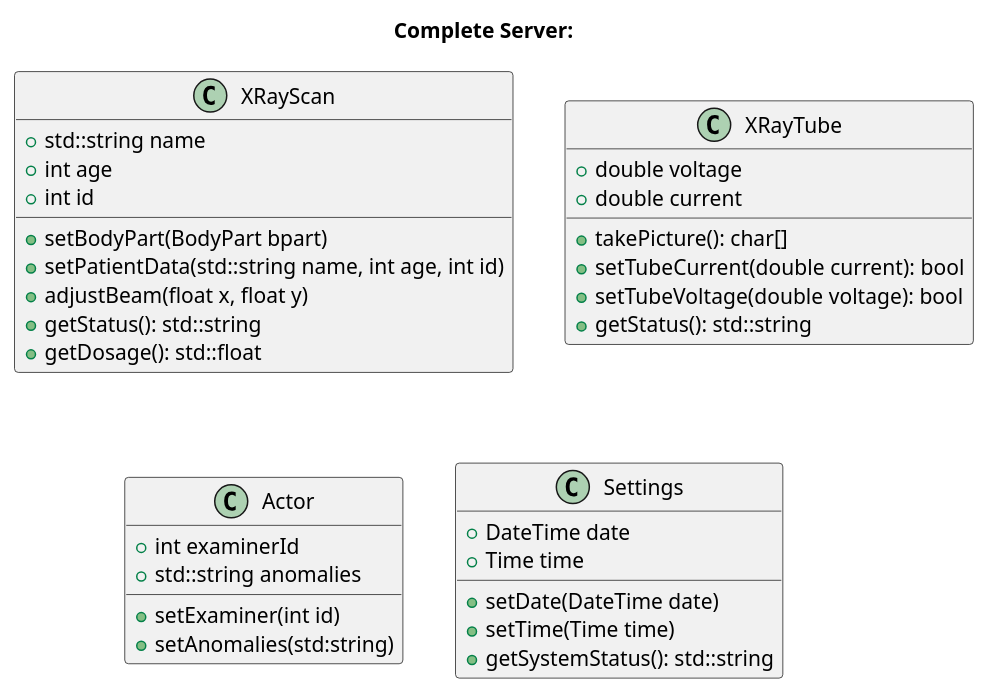
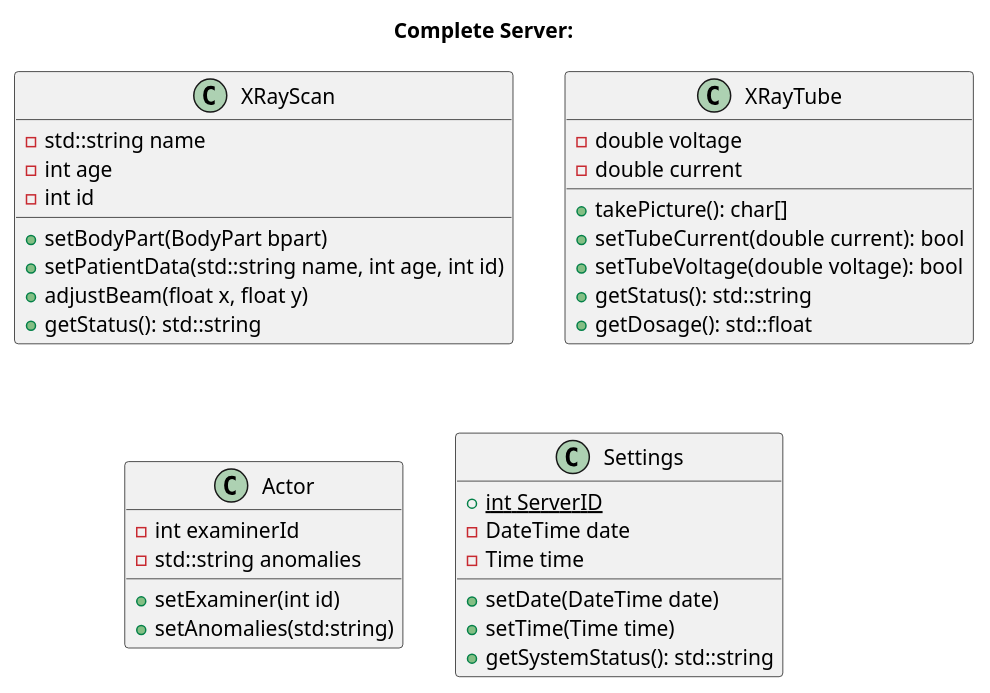
Before and after one commit to a-kuntz/JsonRPC: the third of 4 diagrams in workshop/doc/system_copy.md, drawn with PlantUML. The commit also changed other lines of this file and 15 other files, not shown here.

````diff
--- a/workshop/doc/system_copy.md
+++ b/workshop/doc/system_copy.md
@@ -88,37 +87,38 @@
 ```puml
 @startuml
 title "Complete Server:"
 class XRayScan{
-    +std::string name
-    +int age
-    +int id
+    -std::string name
+    -int age
+    -int id
     +setBodyPart(BodyPart bpart)
     +setPatientData(std::string name, int age, int id)
     +adjustBeam(float x, float y)
-    +getStatus(): std::string
-    +getDosage(): std::float
-    }
+    +getStatus(): std::string 
+}
 class XRayTube{
-    +double voltage
-    +double current
+    -double voltage
+    -double current
     +takePicture(): char[]
     +setTubeCurrent(double current): bool
     +setTubeVoltage(double voltage): bool
     +getStatus(): std::string
+    +getDosage(): std::float
 }
 class Actor{
-    +int examinerId
-    +std::string anomalies
+    -int examinerId
+    -std::string anomalies
     +setExaminer(int id)
     +setAnomalies(std:string)
 }
 class Settings{
-    +DateTime date
-    +Time time
+    + {static} int ServerID
+    -DateTime date
+    -Time time
     +setDate(DateTime date)
     +setTime(Time time)
     +getSystemStatus(): std::string
 }
 
 @enduml
 ```
````
